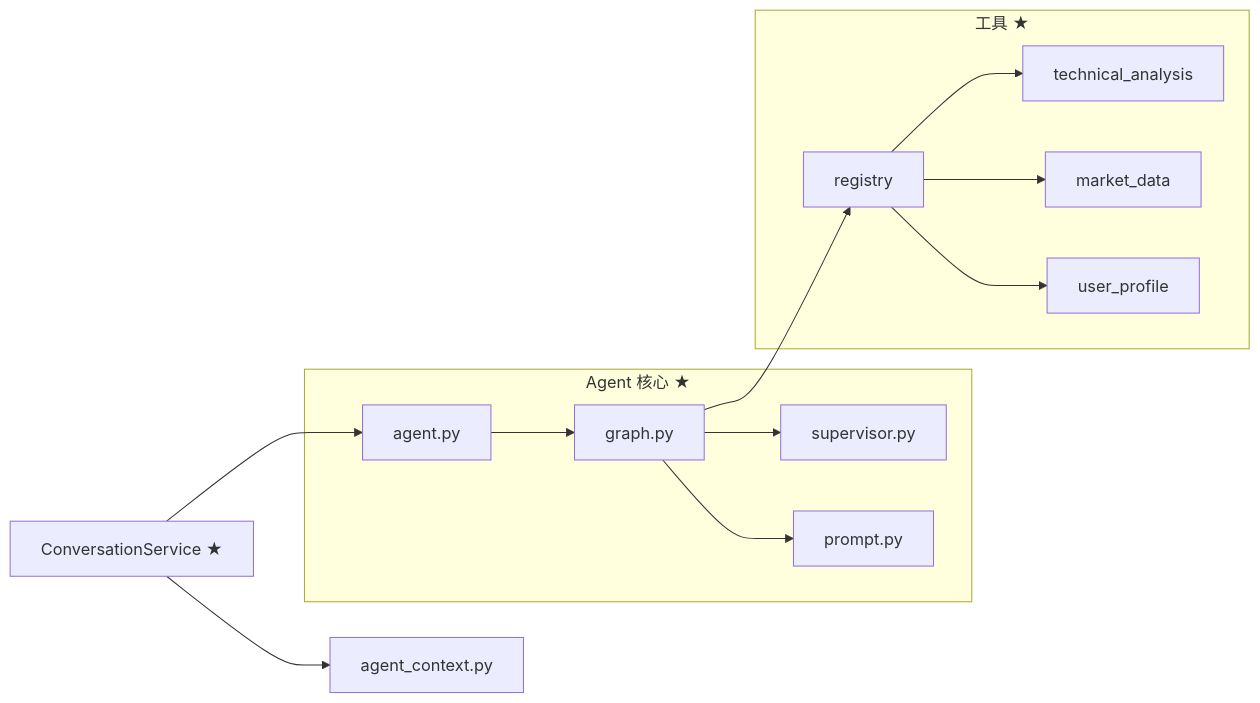
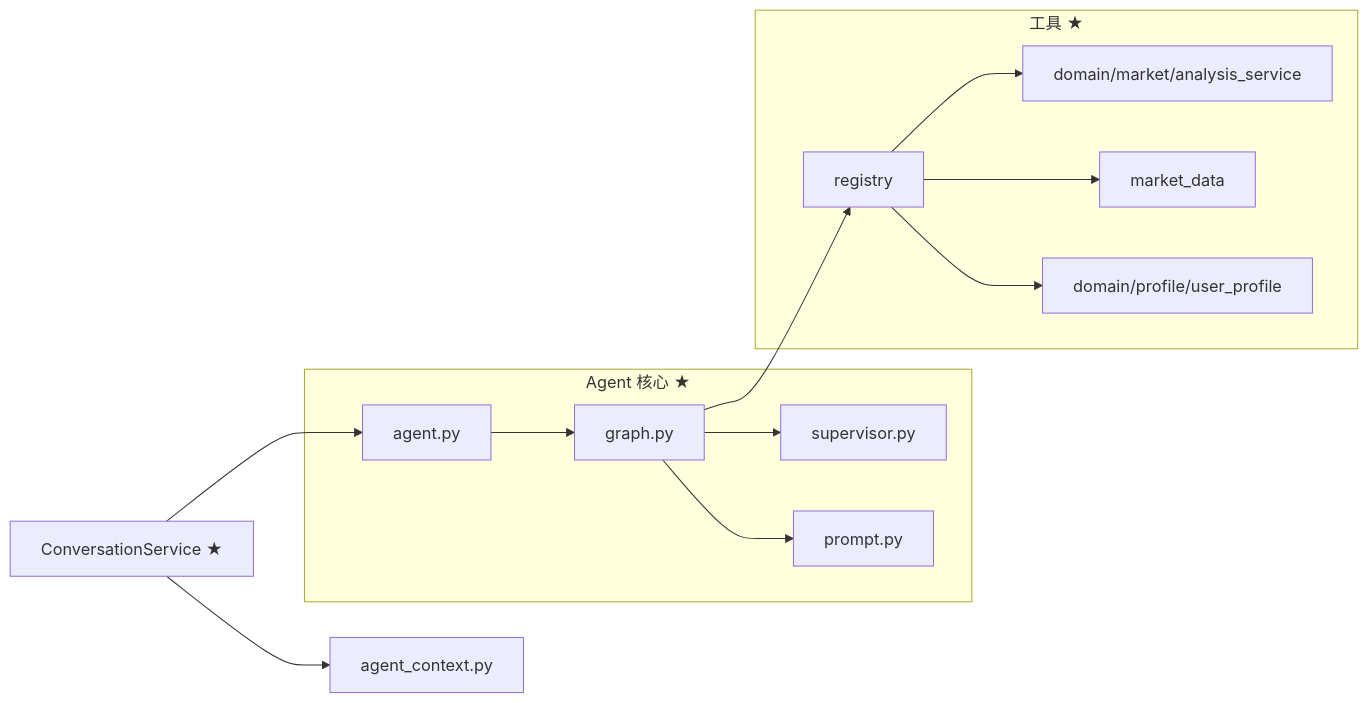
The third of 4 diagrams in docs/00_PROJECT_ARCHITECTURE.md (7Gosts/MarketAssAgent), drawn with Mermaid before and after one commit. The commit also changed other lines of this file and 18 other files, not shown here.

````diff
--- a/docs/00_PROJECT_ARCHITECTURE.md
+++ b/docs/00_PROJECT_ARCHITECTURE.md
@@ -178,23 +158,23 @@
 ```mermaid
 flowchart LR
     subgraph CoreAgent["Agent 核心 ★"]
         A[agent.py]
         G[graph.py]
         S[supervisor.py]
         P1[prompt.py]
     end
 
     subgraph ToolsLayer["工具 ★"]
-        TA[technical_analysis]
+        AS[domain/market/analysis_service]
         MD[market_data]
-        UP[user_profile]
+        UP[domain/profile/user_profile]
         REG[registry]
     end
 
     CS[ConversationService ★] --> A
     A --> G --> REG
-    REG --> TA & MD & UP
+    REG --> AS & MD & UP
     G --> S
     G --> P1
     CS --> AC[agent_context.py]
 ```
````
